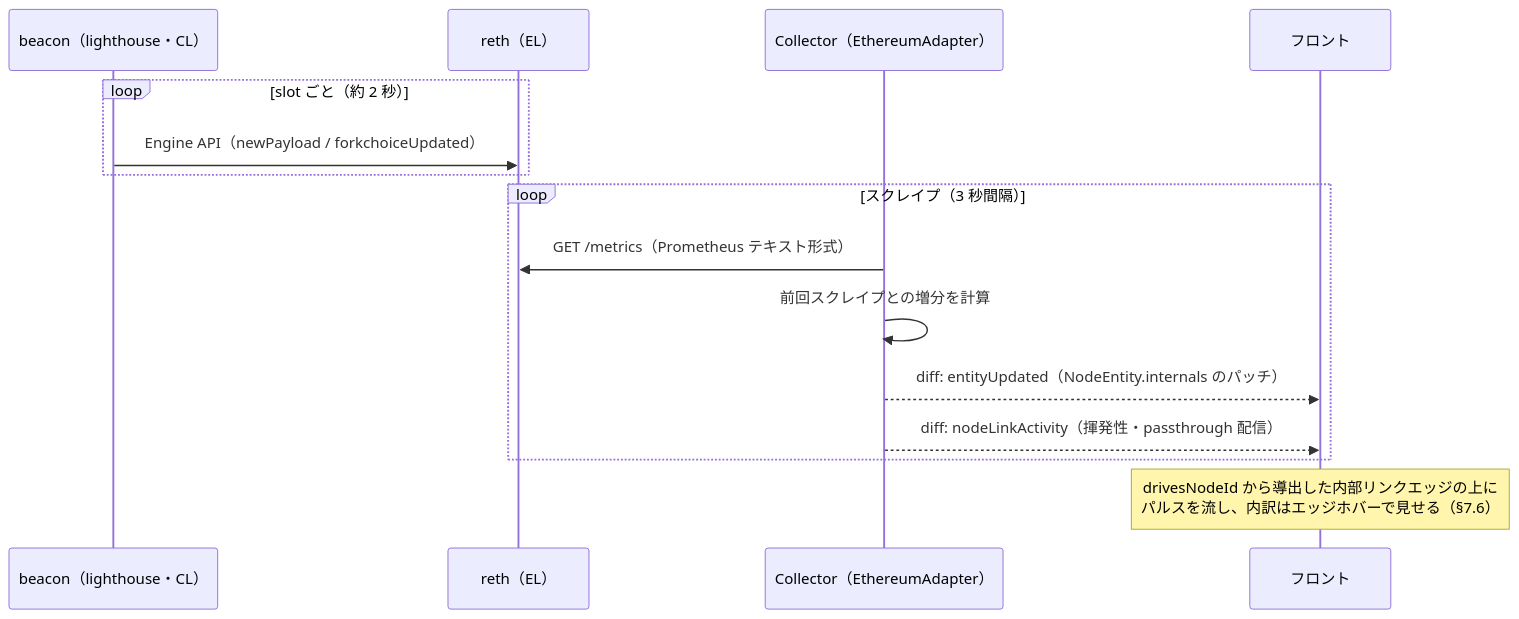
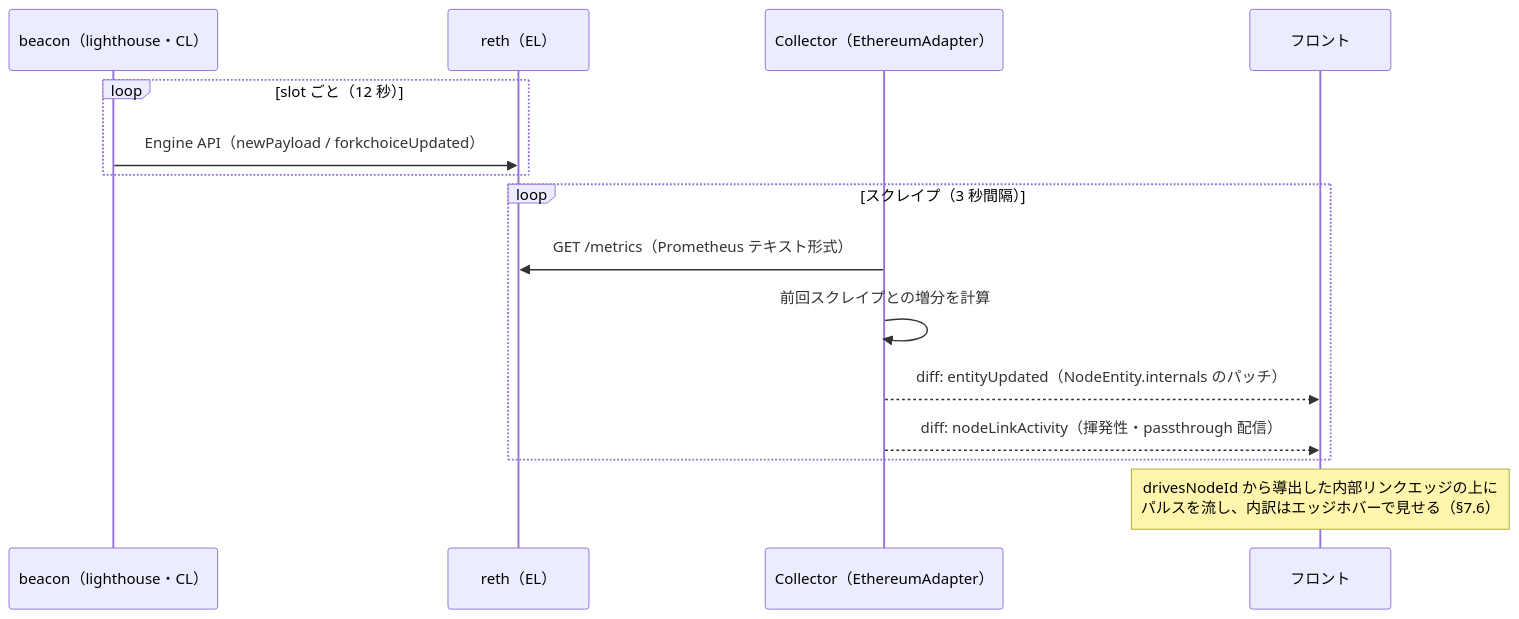
Before and after one commit to morichikawa/chainviz: the fifth of 5 diagrams in docs/ARCHITECTURE.md, drawn with Mermaid. The commit also changed other lines of this file, not shown here.

Commit message:
docs: ARCHITECTURE.md の slot time 2秒前提の記述を12秒へ更新(Issue #322)

````diff
--- a/docs/ARCHITECTURE.md
+++ b/docs/ARCHITECTURE.md
@@ -1236,18 +1236,18 @@
 ```mermaid
 sequenceDiagram
     participant CL as beacon（lighthouse・CL）
     participant EL as reth（EL）
     participant A as Collector（EthereumAdapter）
     participant F as フロント
 
-    loop slot ごと（約 2 秒）
+    loop slot ごと（12 秒）
         CL->>EL: Engine API（newPayload / forkchoiceUpdated）
     end
     loop スクレイプ（3 秒間隔）
         A->>EL: GET /metrics（Prometheus テキスト形式）
         A->>A: 前回スクレイプとの増分を計算
         A-->>F: diff: entityUpdated（NodeEntity.internals のパッチ）
         A-->>F: diff: nodeLinkActivity（揮発性・passthrough 配信）
     end
     Note over F: drivesNodeId から導出した内部リンクエッジの上に<br/>パルスを流し、内訳はエッジホバーで見せる（§7.6）
 ```
````
